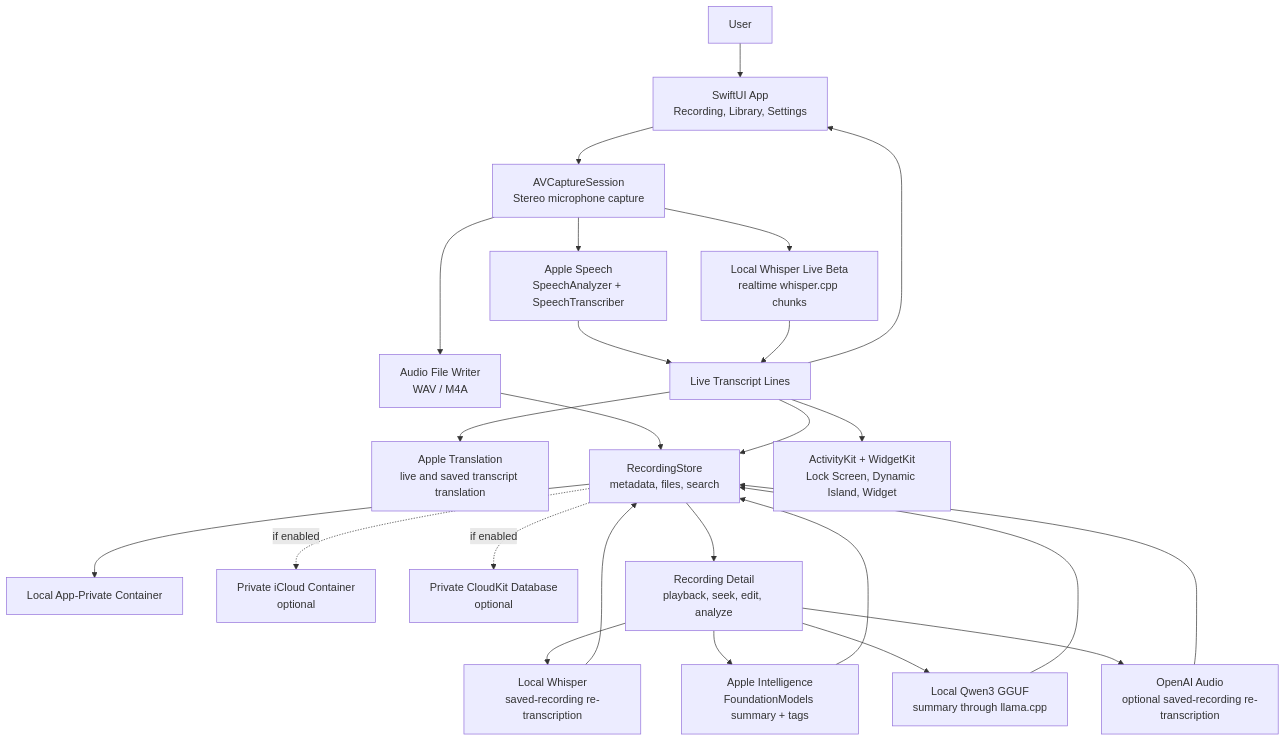
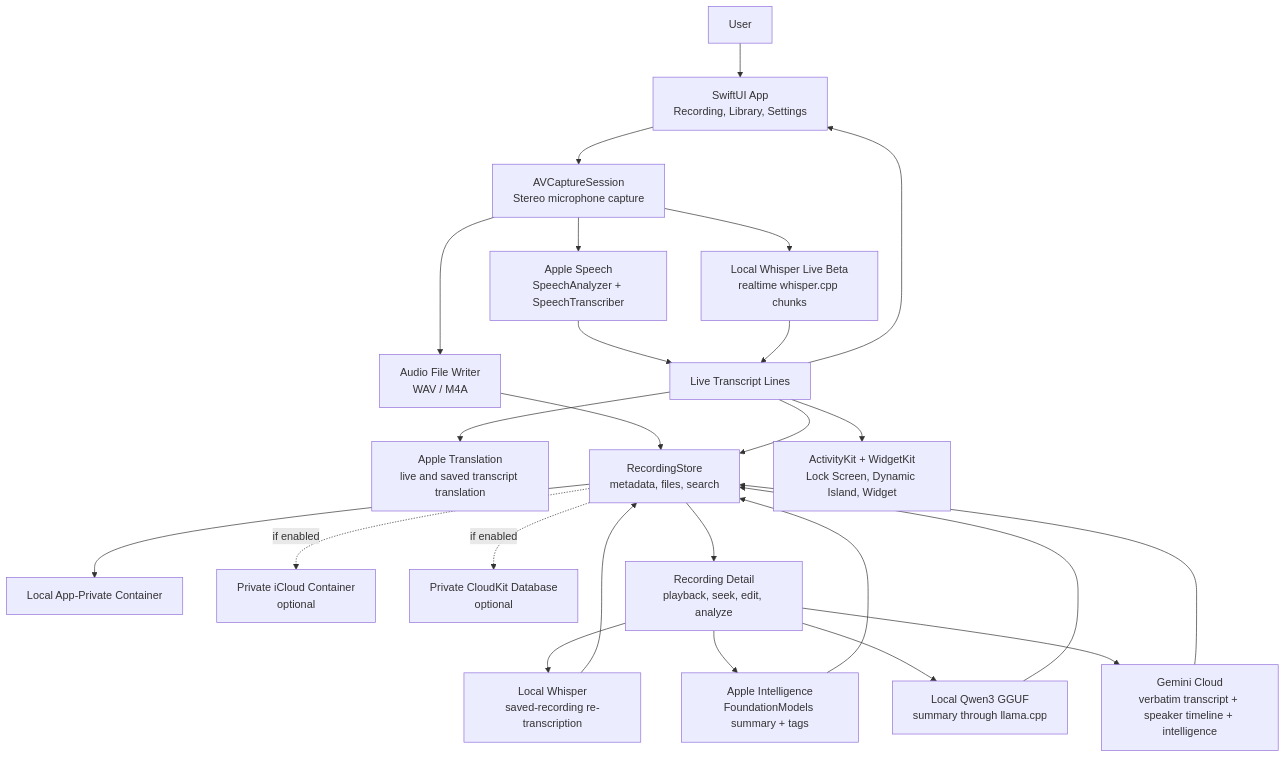
One commit to iamwilliamli/LiveTranscriber changed the diagram in README.md. Above: the diagram before and after it, drawn with Mermaid. The commit also changed other lines of this file and 76 other files, not shown here.

````diff
--- a/README.md
+++ b/README.md
@@ -96,46 +98,46 @@
 ```mermaid
 flowchart TB
     user["User"]
     ui["SwiftUI App\nRecording, Library, Settings"]
     capture["AVCaptureSession\nStereo microphone capture"]
     fileWriter["Audio File Writer\nWAV / M4A"]
     appleSpeech["Apple Speech\nSpeechAnalyzer + SpeechTranscriber"]
     whisperLive["Local Whisper Live Beta\nrealtime whisper.cpp chunks"]
     liveText["Live Transcript Lines"]
     translation["Apple Translation\nlive and saved transcript translation"]
     store["RecordingStore\nmetadata, files, search"]
     localFiles["Local App-Private Container"]
     icloud["Private iCloud Container\noptional"]
     cloudKit["Private CloudKit Database\noptional"]
     detail["Recording Detail\nplayback, seek, edit, analyze"]
     localWhisper["Local Whisper\nsaved-recording re-transcription"]
     appleIntel["Apple Intelligence\nFoundationModels summary + tags"]
     localQwen["Local Qwen3 GGUF\nsummary through llama.cpp"]
-    openai["OpenAI Audio\noptional saved-recording re-transcription"]
+    gemini["Gemini Cloud\nverbatim transcript + speaker timeline + intelligence"]
     activity["ActivityKit + WidgetKit\nLock Screen, Dynamic Island, Widget"]
 
     user --> ui
     ui --> capture
     capture --> fileWriter
     capture --> appleSpeech
     capture --> whisperLive
     appleSpeech --> liveText
     whisperLive --> liveText
     liveText --> ui
     liveText --> translation
     liveText --> activity
     fileWriter --> store
     liveText --> store
     store --> localFiles
     store -. "if enabled" .-> icloud
     store -. "if enabled" .-> cloudKit
     store --> detail
     detail --> localWhisper
     detail --> appleIntel
     detail --> localQwen
-    detail --> openai
+    detail --> gemini
     localWhisper --> store
     appleIntel --> store
     localQwen --> store
-    openai --> store
+    gemini --> store
 ```
````
